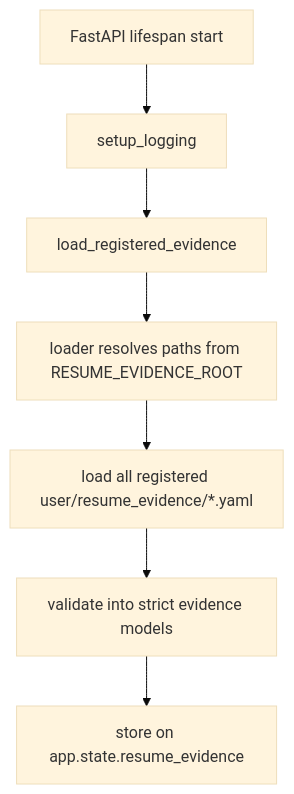
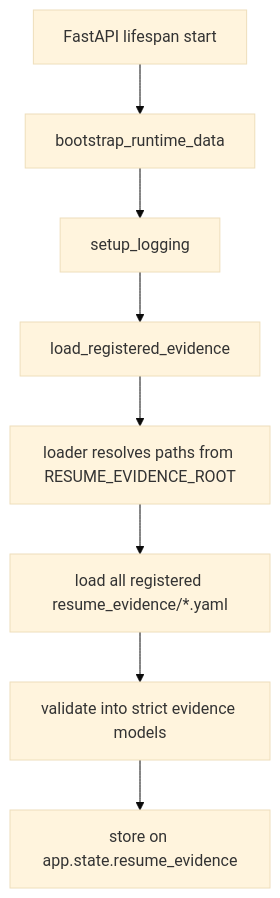
One commit to namerror/ResumeCR7 changed the first of 5 diagrams in docs/architecture-overview.md. Above: the diagram before and after it, drawn with Mermaid (base theme). The commit also changed other lines of this file and 13 other files, not shown here.

Commit message:
Implement runtime data model

````diff
--- a/docs/architecture-overview.md
+++ b/docs/architecture-overview.md
@@ -133,9 +133,10 @@
 ```mermaid
 flowchart TD
-    A[FastAPI lifespan start] --> B[setup_logging]
-    B --> C[load_registered_evidence]
-    C --> D[loader resolves paths from RESUME_EVIDENCE_ROOT]
-    D --> E[load all registered user/resume_evidence/*.yaml]
-    E --> F[validate into strict evidence models]
-    F --> G[store on app.state.resume_evidence]
+    A[FastAPI lifespan start] --> B[bootstrap_runtime_data]
+    B --> C[setup_logging]
+    C --> D[load_registered_evidence]
+    D --> E[loader resolves paths from RESUME_EVIDENCE_ROOT]
+    E --> F[load all registered resume_evidence/*.yaml]
+    F --> G[validate into strict evidence models]
+    G --> H[store on app.state.resume_evidence]
 ```
````
